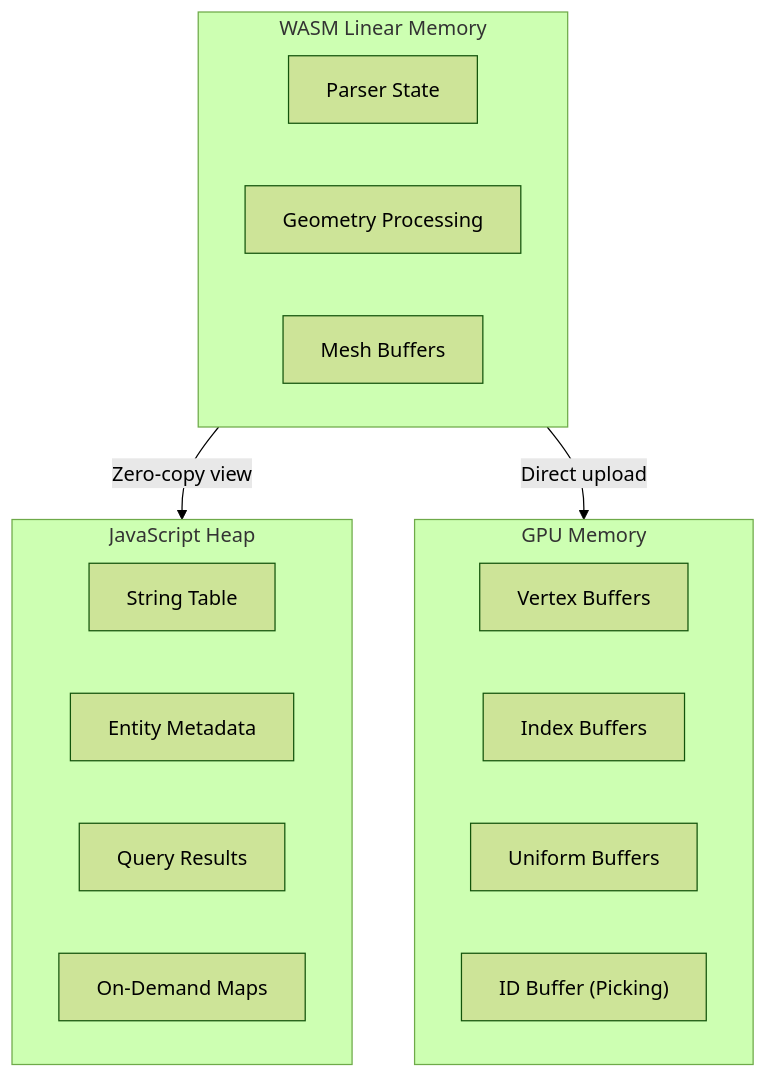
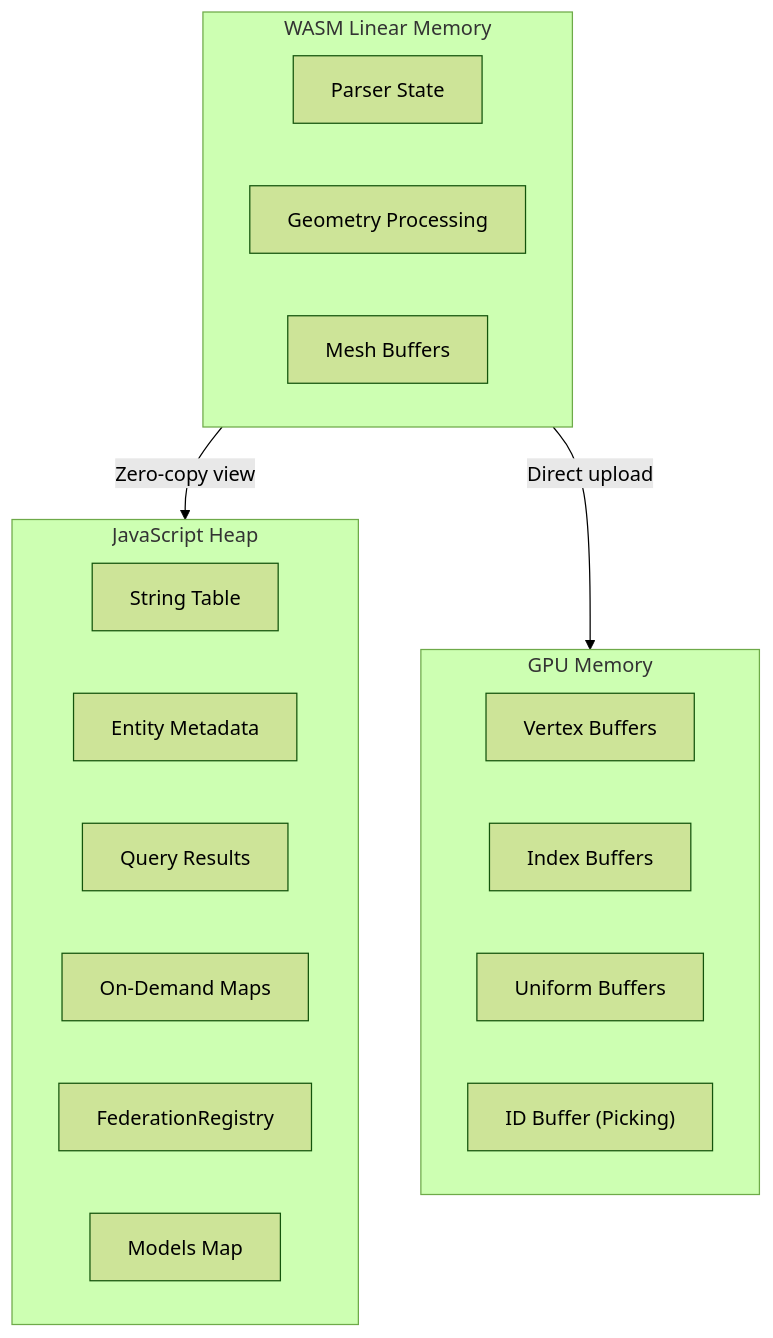
Diagram 13 of 18 in docs/architecture/overview.md (louistrue/ifc-lite), drawn with Mermaid (forest theme) before and after one commit. The commit also changed other lines of this file and 33 other files, not shown here.

````diff
--- a/docs/architecture/overview.md
+++ b/docs/architecture/overview.md
@@ -423,25 +460,27 @@
 ```mermaid
 graph TB
     subgraph JS["JavaScript Heap"]
         Strings["String Table"]
         Metadata["Entity Metadata"]
         Query["Query Results"]
         OnDemand["On-Demand Maps"]
+        FedRegistry["FederationRegistry"]
+        Models["Models Map"]
     end
 
     subgraph Wasm["WASM Linear Memory"]
         Parser["Parser State"]
         Geometry["Geometry Processing"]
         Buffers["Mesh Buffers"]
     end
 
     subgraph GPU["GPU Memory"]
         VBO["Vertex Buffers"]
         IBO["Index Buffers"]
         UBO["Uniform Buffers"]
         ID["ID Buffer (Picking)"]
     end
 
     Wasm -->|"Zero-copy view"| JS
     Wasm -->|"Direct upload"| GPU
 ```
````
